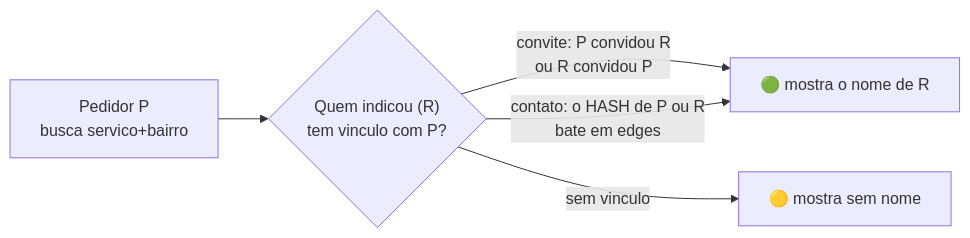
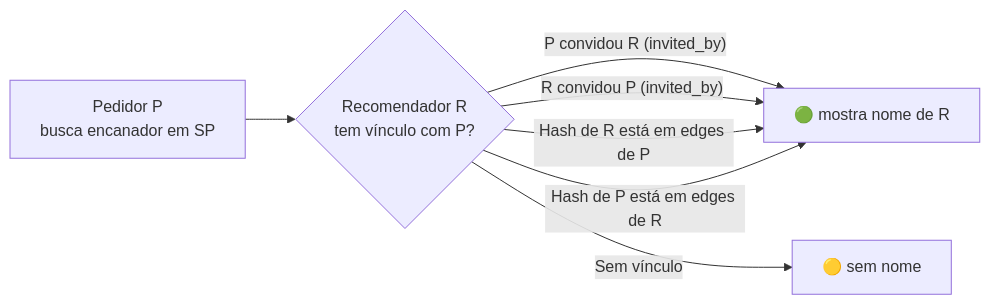
One commit to marcelogualtieri-spec/Marcelo changed the ninth of 9 diagrams in docs/fluxograma.md. Above: the diagram before and after it, drawn with Mermaid. The commit also changed other lines of this file and 1 other file, not shown here.

First line of the commit message:
Reescreve documentacao com estado atual do produto

````diff
--- a/docs/fluxograma.md
+++ b/docs/fluxograma.md
@@ -89,7 +156,9 @@
 ```mermaid
 flowchart LR
-    P["Pedidor P\nbusca servico+bairro"] --> Q{"Quem indicou (R)\ntem vinculo com P?"}
-    Q -- "convite: P convidou R\nou R convidou P" --> V["🟢 mostra o nome de R"]
-    Q -- "contato: o HASH de P ou R\nbate em edges" --> V
-    Q -- "sem vinculo" --> Y["🟡 mostra sem nome"]
+    P["Pedidor P\nbusca encanador em SP"] --> Q{"Recomendador R\ntem vínculo com P?"}
+    Q -- "P convidou R (invited_by)" --> V["🟢 mostra nome de R"]
+    Q -- "R convidou P (invited_by)" --> V
+    Q -- "Hash de R está em edges de P" --> V
+    Q -- "Hash de P está em edges de R" --> V
+    Q -- "Sem vínculo" --> Y["🟡 sem nome"]
 ```
````
